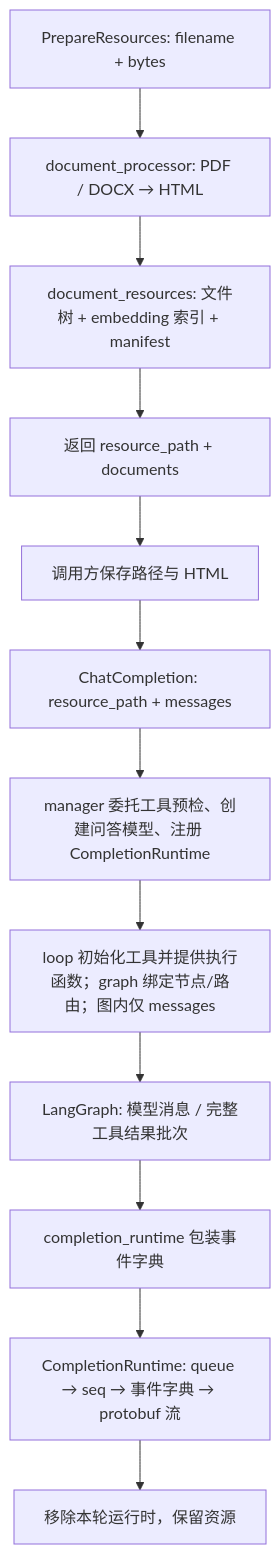
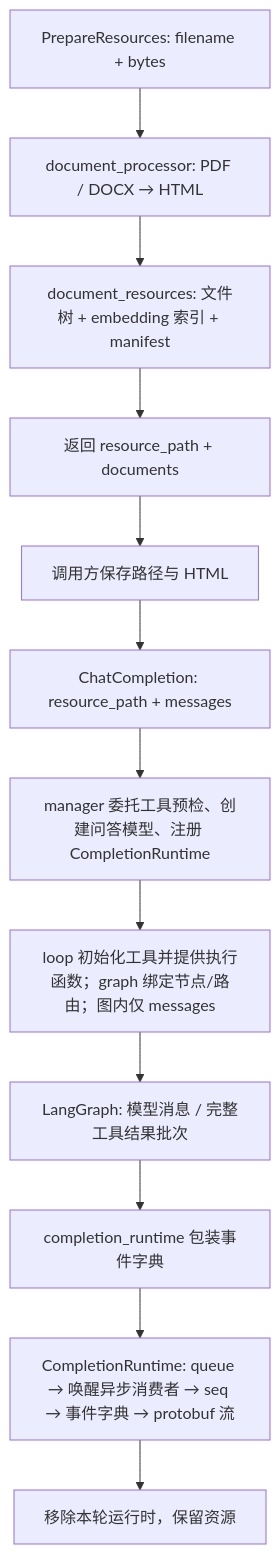
One commit to ADChahaha/TraceAgent changed the first of 2 diagrams in agent/service/file_extraction_agent/docs/flowchart.md. Above: the diagram before and after it, drawn with Mermaid. The commit also changed 48 other files, not shown here.

````diff
--- a/agent/service/file_extraction_agent/docs/flowchart.md
+++ b/agent/service/file_extraction_agent/docs/flowchart.md
@@ -5,14 +5,14 @@
 ```mermaid
 flowchart TD
     A["PrepareResources: filename + bytes"] --> B["document_processor: PDF / DOCX → HTML"]
     B --> C["document_resources: 文件树 + embedding 索引 + manifest"]
     C --> D["返回 resource_path + documents"]
     D --> E["调用方保存路径与 HTML"]
     E --> F["ChatCompletion: resource_path + messages"]
     F --> G["manager 委托工具预检、创建问答模型、注册 CompletionRuntime"]
     G --> H["loop 初始化工具并提供执行函数；graph 绑定节点/路由；图内仅 messages"]
     H --> I["LangGraph: 模型消息 / 完整工具结果批次"]
     I --> J["completion_runtime 包装事件字典"]
-    J --> K["CompletionRuntime: queue → seq → 事件字典 → protobuf 流"]
+    J --> K["CompletionRuntime: queue → 唤醒异步消费者 → seq → 事件字典 → protobuf 流"]
     K --> L["移除本轮运行时，保留资源"]
 ```
````
